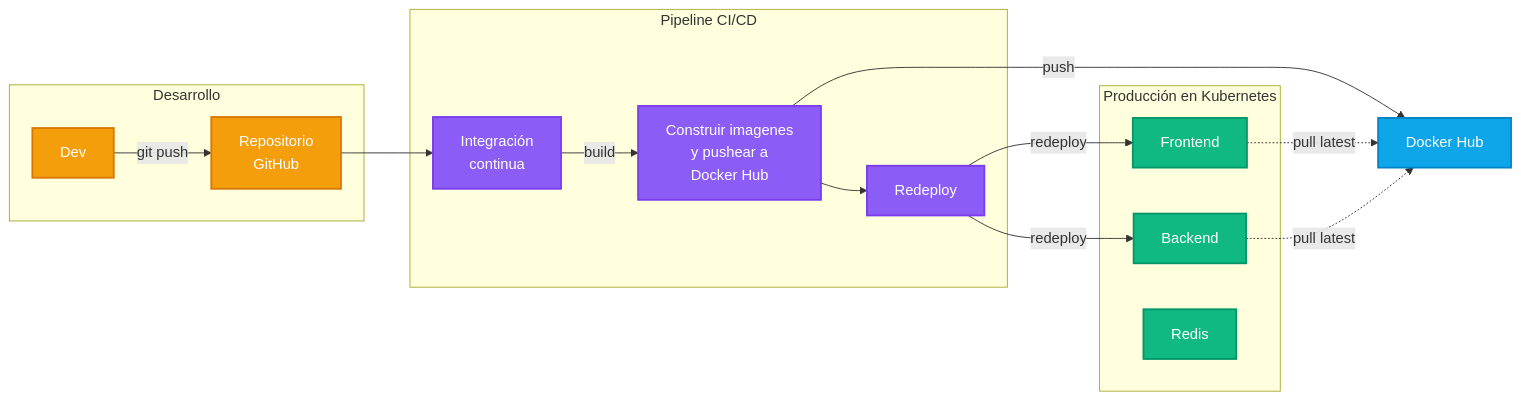
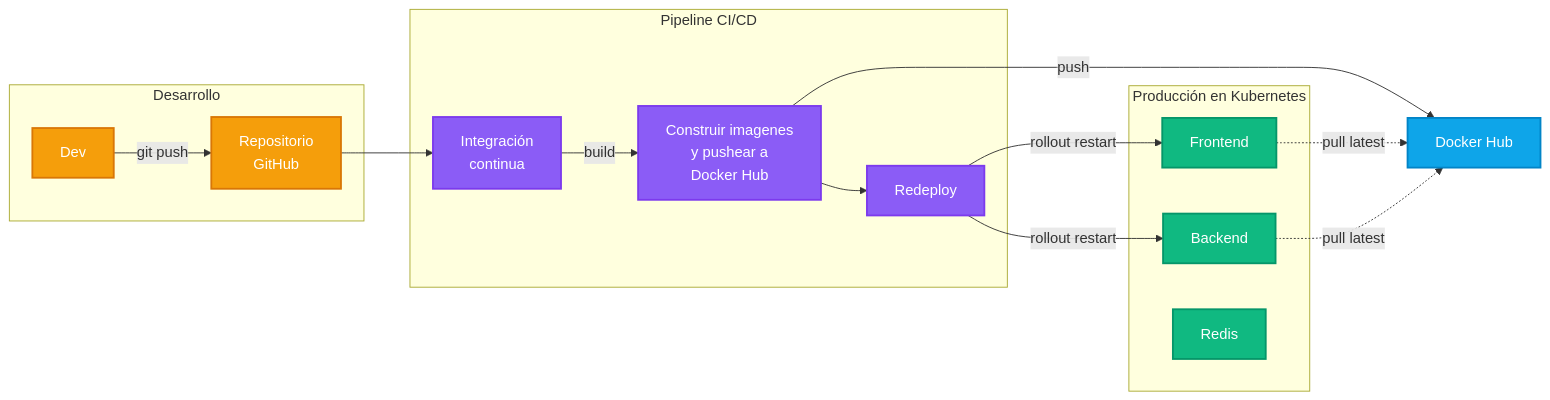
The second of 2 diagrams in README.md (agustinbravop/utn-devops-tp2), drawn with Mermaid before and after one commit. The commit also changed other lines of this file and 1 other file, not shown here.

Commit message:
rollout restart the frontend and backend Deployments on every github action run

````diff
--- a/README.md
+++ b/README.md
@@ -112,43 +223,43 @@
 ```mermaid
 graph LR
     subgraph "Desarrollo"
         DEV[Dev]
         GIT[Repositorio<br/>GitHub]
     end
 
     subgraph "Pipeline CI/CD"
         GA[Integración<br/>continua]
         BUILD[Construir imagenes<br/> y pushear a<br/>Docker Hub]
         REDEPLOY[Redeploy]
     end
 
     PUSH[Docker Hub]
 
     subgraph "Producción en Kubernetes"
             RF[Frontend]
             RB[Backend]
             RR[Redis]
     end
 
     %% Deployment flow
     DEV -->|git push| GIT
     GIT --> GA
     GA -->|build| BUILD
     BUILD -->|push| PUSH
     BUILD --> REDEPLOY
-    REDEPLOY -->|redeploy| RF
-    REDEPLOY -->|redeploy| RB
+    REDEPLOY -->|rollout restart| RF
+    REDEPLOY -->|rollout restart| RB
     RF -.->|pull latest| PUSH
     RB -.->|pull latest| PUSH
 
     %% Styling
     classDef dockerhub fill:#0ea5e9,stroke:#0284c7,stroke-width:2px,color:#ffffff
     classDef cicd fill:#8b5cf6,stroke:#7c3aed,stroke-width:2px,color:#ffffff
     classDef production fill:#10b981,stroke:#059669,stroke-width:2px,color:#ffffff
     classDef development fill:#f59e0b,stroke:#d97706,stroke-width:2px,color:#ffffff
 
     class DEV,GIT development
     class GA,BUILD,REDEPLOY cicd
     class RF,RB,RR production
     class PUSH dockerhub
 ```
````
